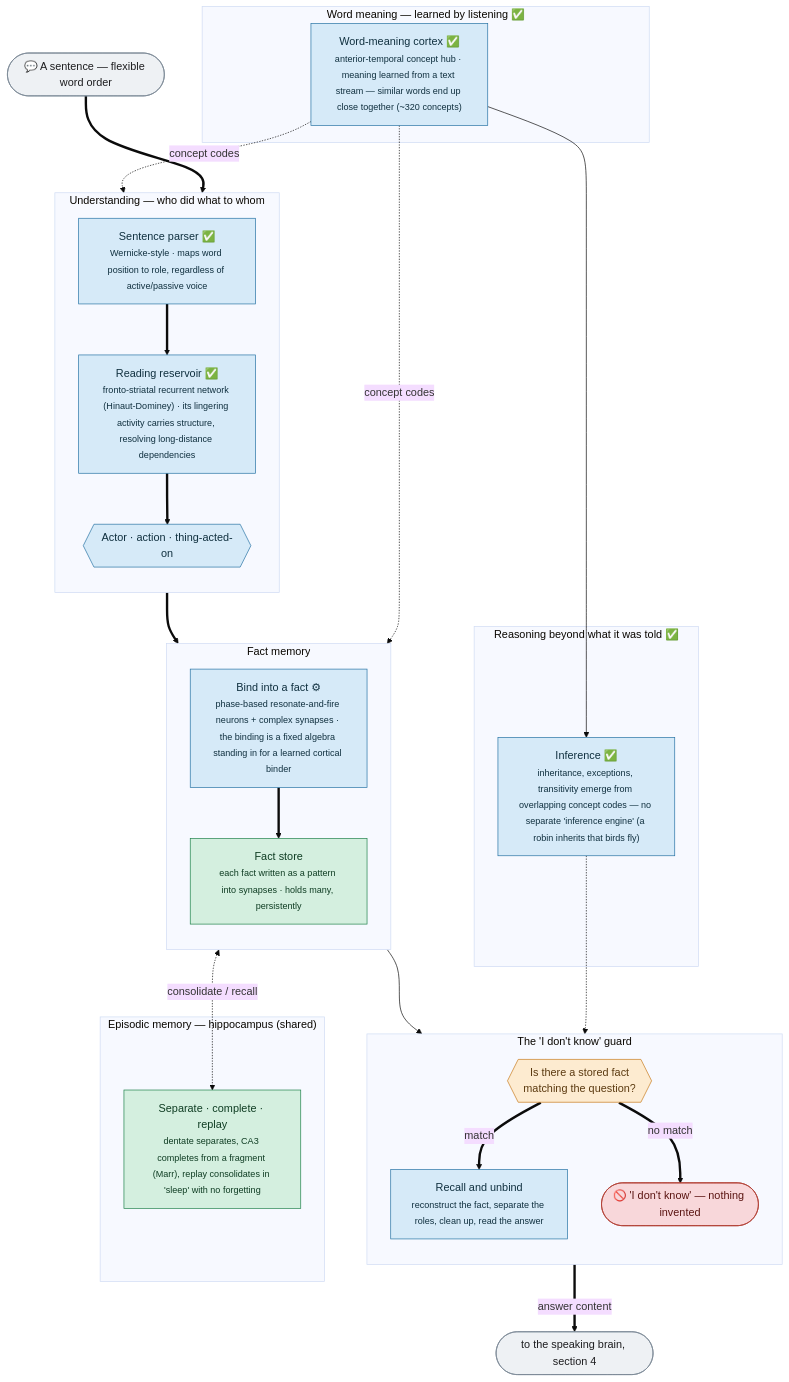
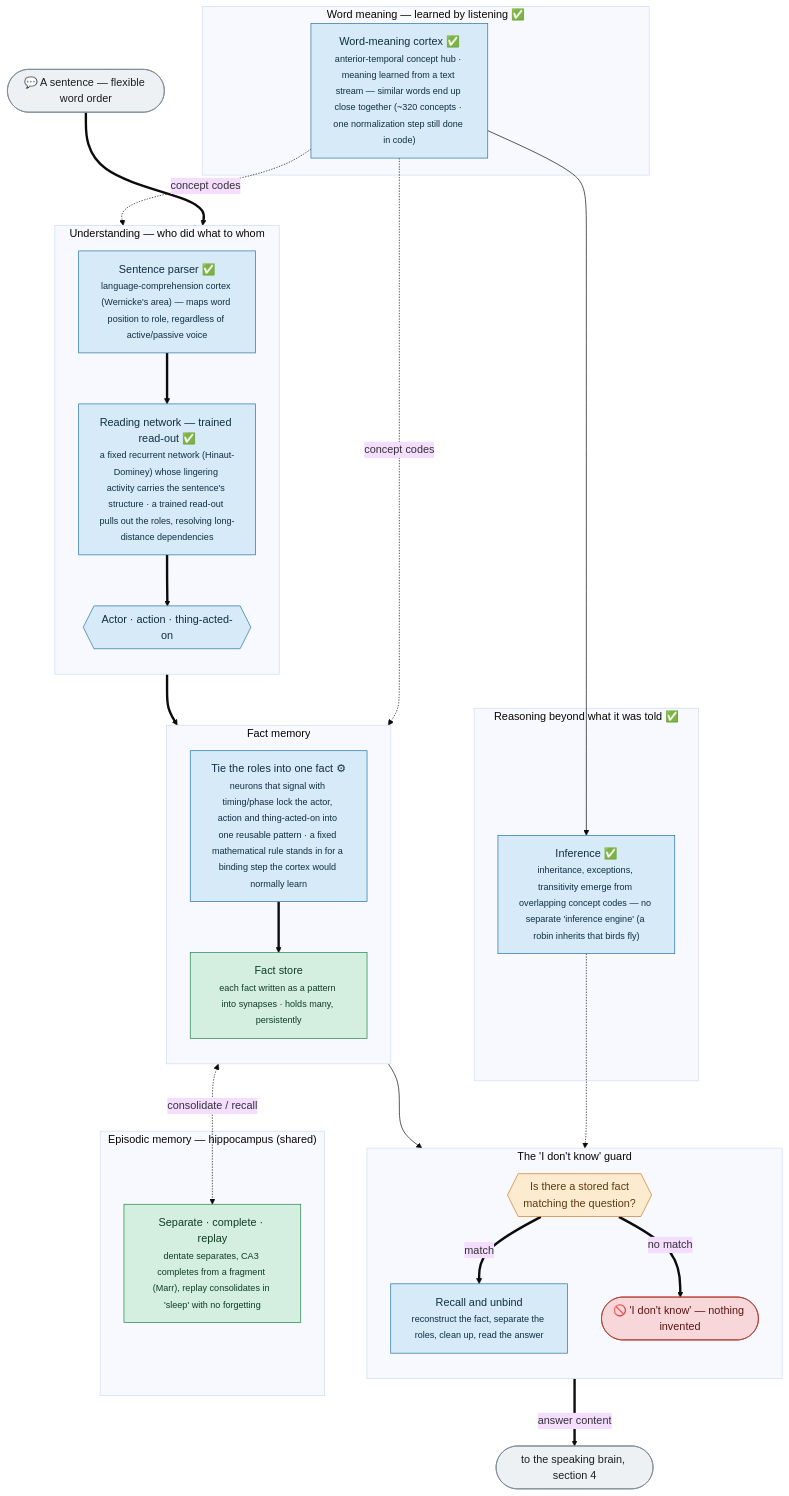
One commit to danthi123/neural-simulator changed the third of 5 diagrams in docs/diagrams/brain_architecture_detailed.md. Above: the diagram before and after it, drawn with Mermaid (base theme). The commit also changed other lines of this file, not shown here.

````diff
--- a/docs/diagrams/brain_architecture_detailed.md
+++ b/docs/diagrams/brain_architecture_detailed.md
@@ -189,58 +196,58 @@
 ```mermaid
 flowchart TB
     Words(["💬 A sentence — flexible word order"]):::io
 
     subgraph LEARNCX["Word meaning — learned by listening ✅"]
-      STREAM["Word-meaning cortex ✅<br/><small>anterior-temporal concept hub · meaning learned from a text stream — similar words end up close together (~320 concepts)</small>"]:::conv
+      STREAM["Word-meaning cortex ✅<br/><small>anterior-temporal concept hub · meaning learned from a text stream — similar words end up close together (~320 concepts · one normalization step still done in code)</small>"]:::conv
     end
 
     subgraph UNDERSTAND["Understanding — who did what to whom"]
       direction TB
-      PARSE["Sentence parser ✅<br/><small>Wernicke-style · maps word position to role, regardless of active/passive voice</small>"]:::conv
-      RES["Reading reservoir ✅<br/><small>fronto-striatal recurrent network (Hinaut-Dominey) · its lingering activity carries structure, resolving long-distance dependencies</small>"]:::conv
+      PARSE["Sentence parser ✅<br/><small>language-comprehension cortex (Wernicke's area) — maps word position to role, regardless of active/passive voice</small>"]:::conv
+      RES["Reading network — trained read-out ✅<br/><small>a fixed recurrent network (Hinaut-Dominey) whose lingering activity carries the sentence's structure · a trained read-out pulls out the roles, resolving long-distance dependencies</small>"]:::conv
       ROLES{{"Actor · action · thing-acted-on"}}:::conv
       PARSE ==> RES ==> ROLES
     end
 
     subgraph FACT["Fact memory"]
       direction TB
-      BIND["Bind into a fact ⚙<br/><small>phase-based resonate-and-fire neurons + complex synapses · the binding is a fixed algebra standing in for a learned cortical binder</small>"]:::conv
+      BIND["Tie the roles into one fact ⚙<br/><small>neurons that signal with timing/phase lock the actor, action and thing-acted-on into one reusable pattern · a fixed mathematical rule stands in for a binding step the cortex would normally learn</small>"]:::conv
       STORE["Fact store<br/><small>each fact written as a pattern into synapses · holds many, persistently</small>"]:::mem
       BIND ==> STORE
     end
 
     subgraph REASON["Reasoning beyond what it was told ✅"]
       INHERIT["Inference ✅<br/><small>inheritance, exceptions, transitivity emerge from overlapping concept codes — no separate 'inference engine' (a robin inherits that birds fly)</small>"]:::conv
     end
 
     subgraph GUARD["The 'I don't know' guard"]
       direction TB
       MATCH{{"Is there a stored fact<br/>matching the question?"}}:::gate
       RECALL["Recall and unbind<br/><small>reconstruct the fact, separate the roles, clean up, read the answer</small>"]:::conv
       IDK(["🚫 'I don't know' — nothing invented"]):::abstain
       MATCH ==>|match| RECALL
       MATCH ==>|no match| IDK
     end
 
     subgraph HIPPO["Episodic memory — hippocampus (shared)"]
       HP["Separate · complete · replay<br/><small>dentate separates, CA3 completes from a fragment (Marr), replay consolidates in 'sleep' with no forgetting</small>"]:::mem
     end
 
     Speak(["to the speaking brain, section 4"]):::io
 
     Words ==> PARSE
     STREAM -.->|concept codes| PARSE
     STREAM -.->|concept codes| BIND
     STREAM --> INHERIT
     ROLES ==> BIND
     STORE --> MATCH
     INHERIT -.-> MATCH
     STORE <-.->|consolidate / recall| HP
     RECALL ==>|answer content| Speak
 
     classDef io fill:#eef1f4,stroke:#7a8794,color:#1d1d1f;
     classDef conv fill:#d6eaf8,stroke:#2471a3,color:#10303f;
     classDef mem fill:#d4efdf,stroke:#1d8049,color:#0f3d23;
     classDef gate fill:#fdebd0,stroke:#c8791a,color:#5b3a10;
     classDef abstain fill:#f8d7da,stroke:#b03a2e,color:#5b1512;
 ```
````
